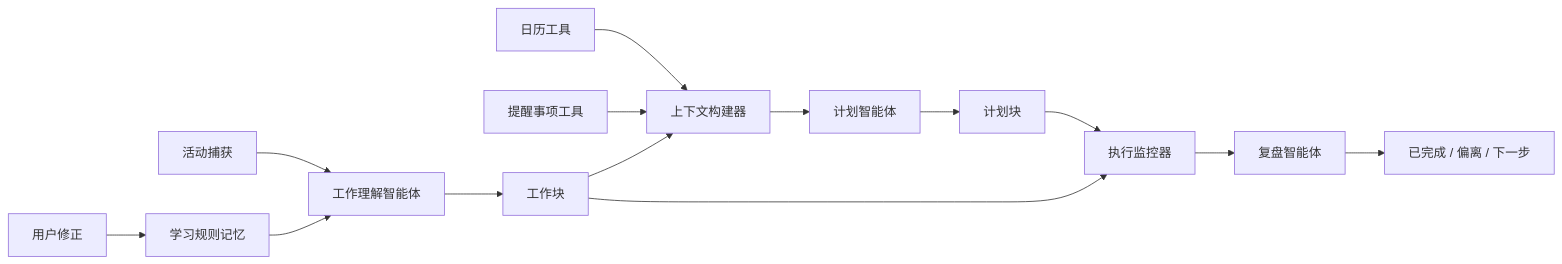
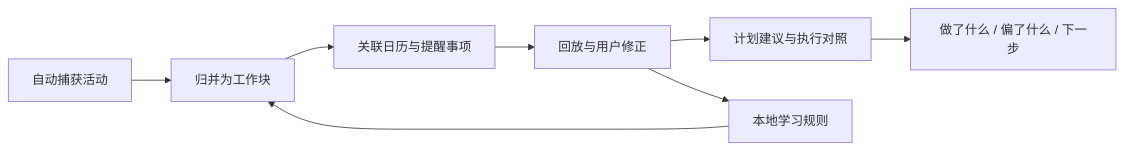
Before and after one commit to aurumltd/Trace_V3_showcase: the first of 2 diagrams in docs/portfolio-case-study-cn.md, drawn with Mermaid. The commit also changed other lines of this file and 8 other files, not shown here.

````diff
--- a/docs/portfolio-case-study-cn.md
+++ b/docs/portfolio-case-study-cn.md
@@ -125,16 +101,10 @@
 ```mermaid
 flowchart LR
-  A[活动捕获] --> B[工作理解智能体]
-  B --> C[工作块]
-  D[日历工具] --> E[上下文构建器]
-  F[提醒事项工具] --> E
-  G[学习规则记忆] --> B
-  C --> E
-  E --> H[计划智能体]
-  H --> I[计划块]
-  I --> J[执行监控器]
-  C --> J
-  J --> K[复盘智能体]
-  K --> L[已完成 / 偏离 / 下一步]
-  M[用户修正] --> G
+  A[自动捕获活动] --> B[归并为工作块]
+  B --> C[关联日历与提醒事项]
+  C --> D[回放与用户修正]
+  D --> E[计划建议与执行对照]
+  E --> F[做了什么 / 偏了什么 / 下一步]
+  D --> G[本地学习规则]
+  G --> B
 ```
````
